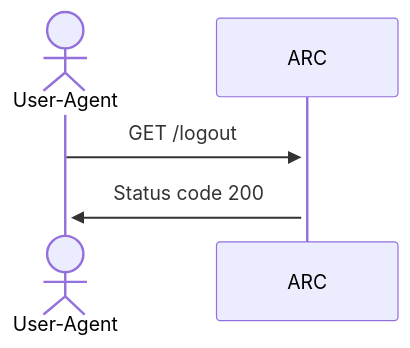
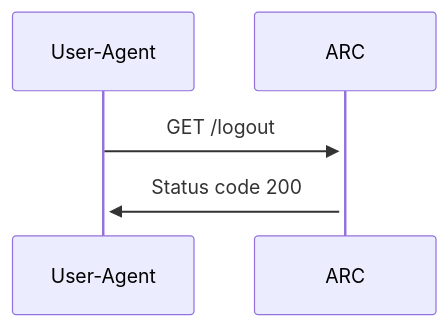
Before and after one commit to pagopa/p4pa-doc: the diagram in design/arc/oneidentity-integration/sequence_diagram_logout.mmd, drawn with Mermaid. The commit also changed 5 other files, not shown here.

Commit message:
P4PU-171 updated sequence with user agent as partecipant not actor

```diff
--- a/design/arc/oneidentity-integration/sequence_diagram_logout.mmd
+++ b/design/arc/oneidentity-integration/sequence_diagram_logout.mmd
@@ -1,7 +1,7 @@
 sequenceDiagram
 
-    actor User-Agent
+    participant User-Agent
     participant ARC
 
     User-Agent ->>+ ARC: GET /logout
     ARC ->>+ User-Agent: Status code 200
```
